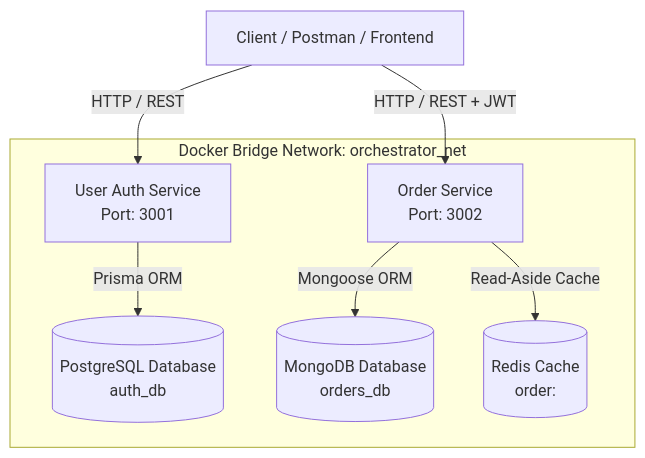
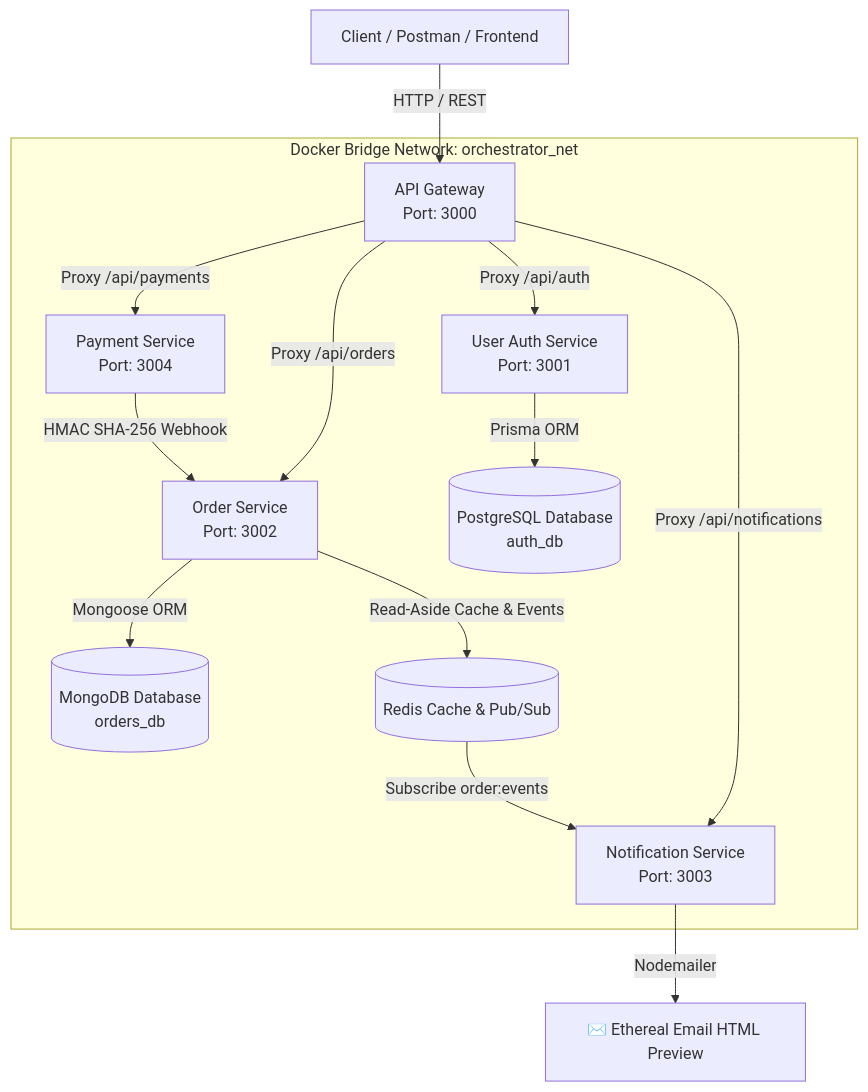
One commit to AngelArteachi/Cloud-order-orchestator changed the diagram in README.md. Above: the diagram before and after it, drawn with Mermaid. The commit also changed other lines of this file and 20 other files, not shown here.

Commit message:
feat(payment-service): implement payment processing and HMAC SHA-256 signed webhooks

````diff
--- a/README.md
+++ b/README.md
@@ -17,20 +17,23 @@
 ```mermaid
 flowchart TD
-    Client[Client / Postman / Frontend]
+    Client[Client / Postman / Frontend] -->|HTTP / REST| Gateway[API Gateway\nPort: 3000]
 
     subgraph OrchestratorNet [Docker Bridge Network: orchestrator_net]
-        AuthService[User Auth Service\nPort: 3001]
-        OrderService[Order Service\nPort: 3002]
+        Gateway -->|Proxy /api/auth| AuthService[User Auth Service\nPort: 3001]
+        Gateway -->|Proxy /api/orders| OrderService[Order Service\nPort: 3002]
+        Gateway -->|Proxy /api/notifications| NotifService[Notification Service\nPort: 3003]
+        Gateway -->|Proxy /api/payments| PaymentService[Payment Service\nPort: 3004]
         
         Postgres[(PostgreSQL Database\nauth_db)]
         Mongo[(MongoDB Database\norders_db)]
-        Redis[(Redis Cache\norder:<id>)]
+        Redis[(Redis Cache & Pub/Sub)]
     end
-
-    Client -->|HTTP / REST| AuthService
-    Client -->|HTTP / REST + JWT| OrderService
 
     AuthService -->|Prisma ORM| Postgres
     OrderService -->|Mongoose ORM| Mongo
-    OrderService -->|Read-Aside Cache| Redis
+    OrderService -->|Read-Aside Cache & Events| Redis
+    
+    PaymentService -->|HMAC SHA-256 Webhook| OrderService
+    Redis -->|Subscribe order:events| NotifService
+    NotifService -->|Nodemailer| Ethereal[✉️ Ethereal Email HTML Preview]
 ```
````
